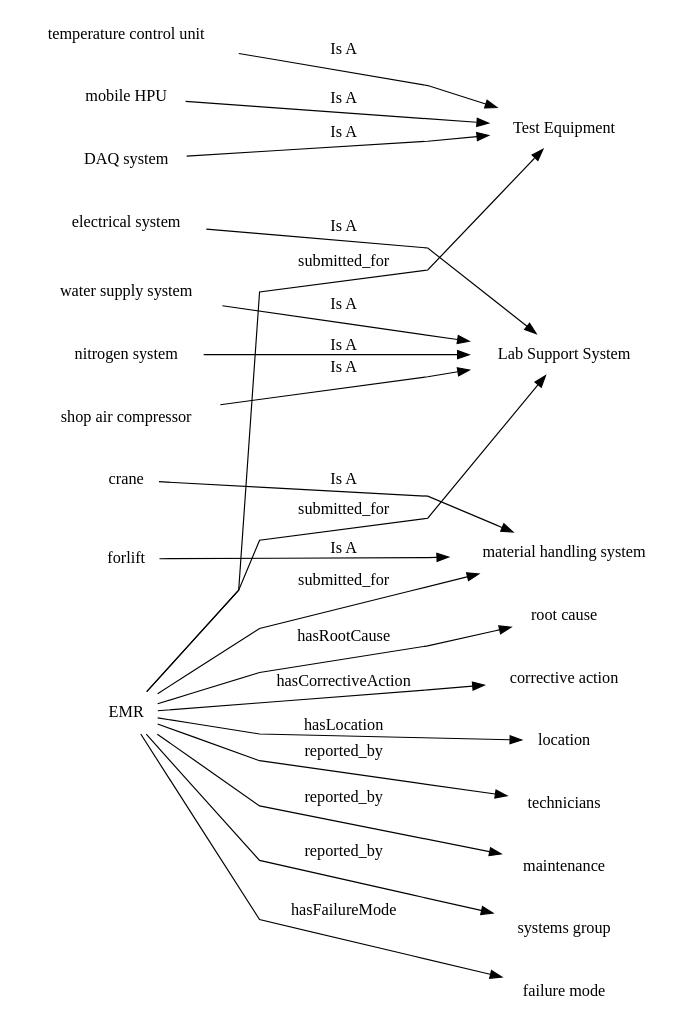
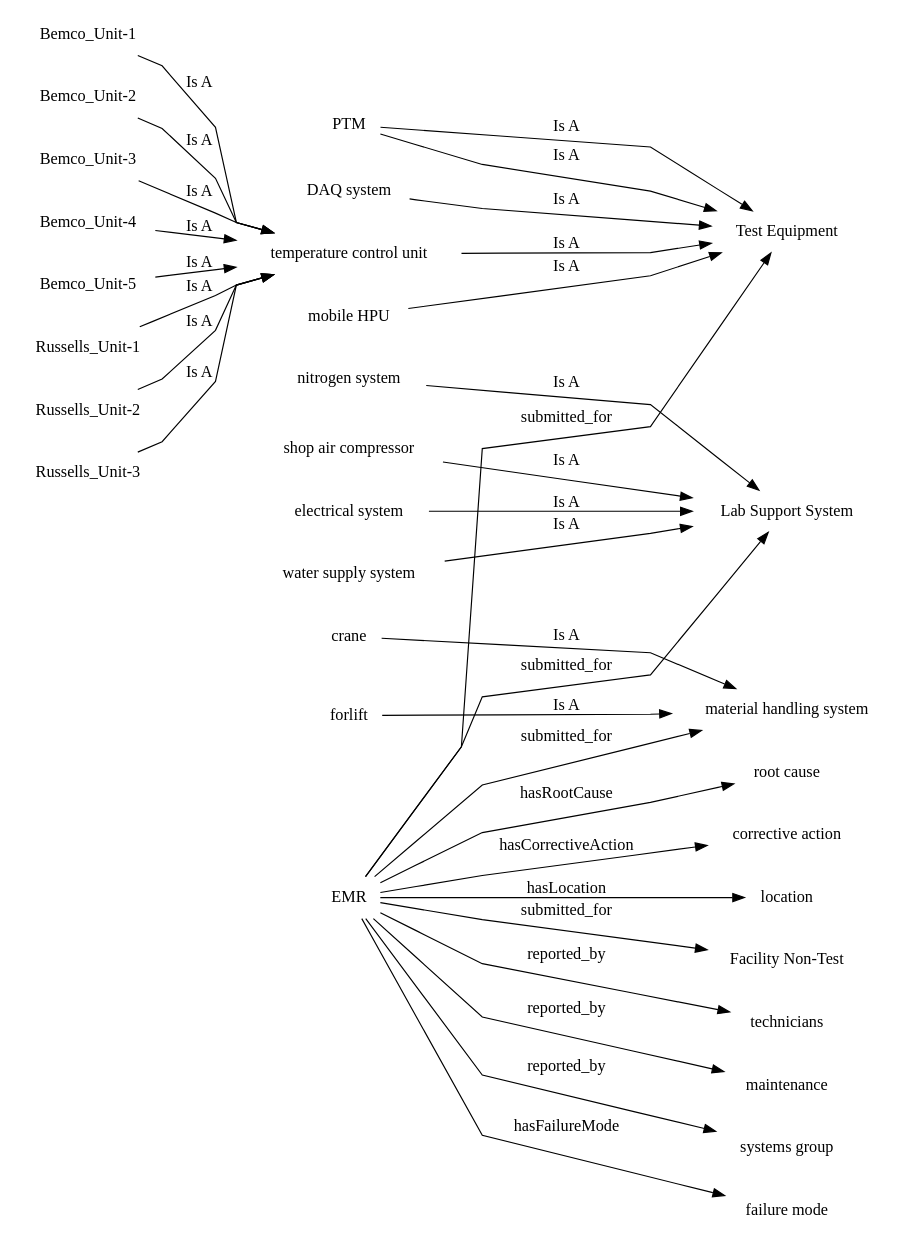
One commit to DJimmie/graph-theory-applications changed the diagram in basics/test-output/round-table.gv. Above: the diagram before and after it, drawn with Graphviz. The commit also changed 4 other files, not shown here.

```diff
--- a/basics/test-output/round-table.gv
+++ b/basics/test-output/round-table.gv
@@ -1,25 +1,36 @@
 // The Round Table
 digraph {
 	graph [landscape=False rankdir=LR size="20,16" splines=polyline]
 	node [color=white style=filled]
 	node [shape=plaintext]
 	EMR -> "Test Equipment" [label=submitted_for]
 	EMR -> "Lab Support System" [label=submitted_for]
 	EMR -> "material handling system" [label=submitted_for]
 	EMR -> technicians [label=reported_by]
 	EMR -> maintenance [label=reported_by]
 	EMR -> "systems group" [label=reported_by]
 	EMR -> "failure mode" [label=hasFailureMode]
 	EMR -> "root cause" [label=hasRootCause]
 	EMR -> "corrective action" [label=hasCorrectiveAction]
 	EMR -> location [label=hasLocation]
+	EMR -> "Facility Non-Test" [label=submitted_for]
 	"nitrogen system" -> "Lab Support System" [label="Is A"]
 	"shop air compressor" -> "Lab Support System" [label="Is A"]
 	"electrical system" -> "Lab Support System" [label="Is A"]
 	"water supply system" -> "Lab Support System" [label="Is A"]
 	"temperature control unit" -> "Test Equipment" [label="Is A"]
 	"mobile HPU" -> "Test Equipment" [label="Is A"]
 	forlift -> "material handling system" [label="Is A"]
 	crane -> "material handling system" [label="Is A"]
 	"DAQ system" -> "Test Equipment" [label="Is A"]
+	"Bemco_Unit-1" -> "temperature control unit" [label="Is A"]
+	"Bemco_Unit-2" -> "temperature control unit" [label="Is A"]
+	"Bemco_Unit-3" -> "temperature control unit" [label="Is A"]
+	"Bemco_Unit-4" -> "temperature control unit" [label="Is A"]
+	"Bemco_Unit-5" -> "temperature control unit" [label="Is A"]
+	"Russells_Unit-1" -> "temperature control unit" [label="Is A"]
+	"Russells_Unit-2" -> "temperature control unit" [label="Is A"]
+	"Russells_Unit-3" -> "temperature control unit" [label="Is A"]
+	PTM -> "Test Equipment" [label="Is A"]
+	PTM -> "Test Equipment" [label="Is A"]
 }
```
